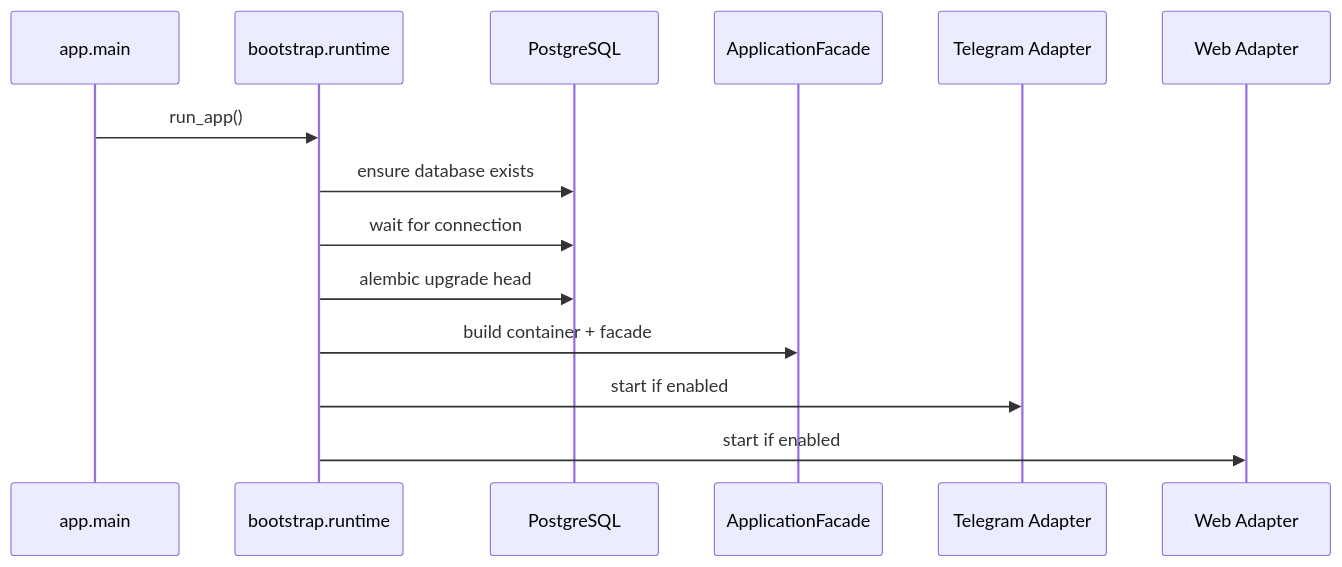
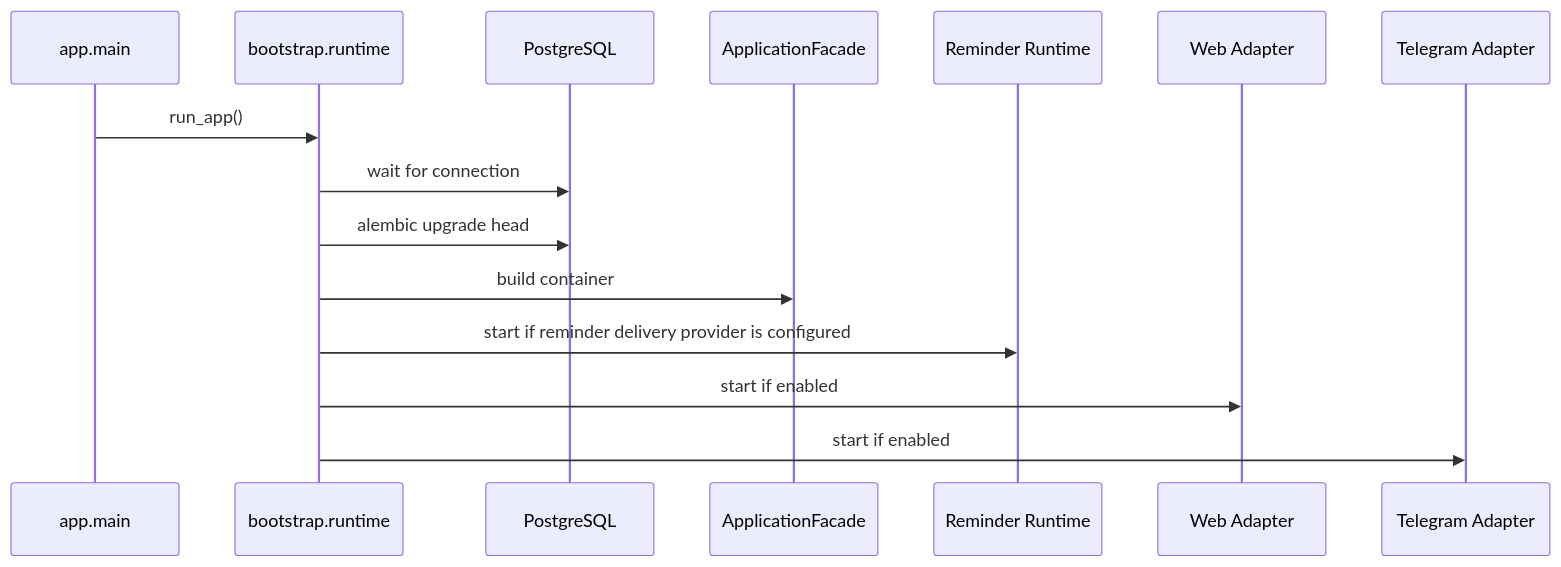
One commit to kuznetzdev/cashback_bot changed the second of 2 diagrams in docs/ru/ARCHITECTURE.md. Above: the diagram before and after it, drawn with Mermaid. The commit also changed other lines of this file and 80 other files, not shown here.

````diff
--- a/docs/ru/ARCHITECTURE.md
+++ b/docs/ru/ARCHITECTURE.md
@@ -92,17 +238,18 @@
 ```mermaid
 sequenceDiagram
     participant Main as app.main
     participant Runtime as bootstrap.runtime
     participant DB as PostgreSQL
-    participant Core as ApplicationFacade
+    participant Facade as ApplicationFacade
+    participant Sched as Reminder Runtime
+    participant Web as Web Adapter
     participant Tg as Telegram Adapter
-    participant Web as Web Adapter
 
     Main->>Runtime: run_app()
-    Runtime->>DB: ensure database exists
     Runtime->>DB: wait for connection
     Runtime->>DB: alembic upgrade head
-    Runtime->>Core: build container + facade
+    Runtime->>Facade: build container
+    Runtime->>Sched: start if reminder delivery provider is configured
+    Runtime->>Web: start if enabled
     Runtime->>Tg: start if enabled
-    Runtime->>Web: start if enabled
 ```
````
